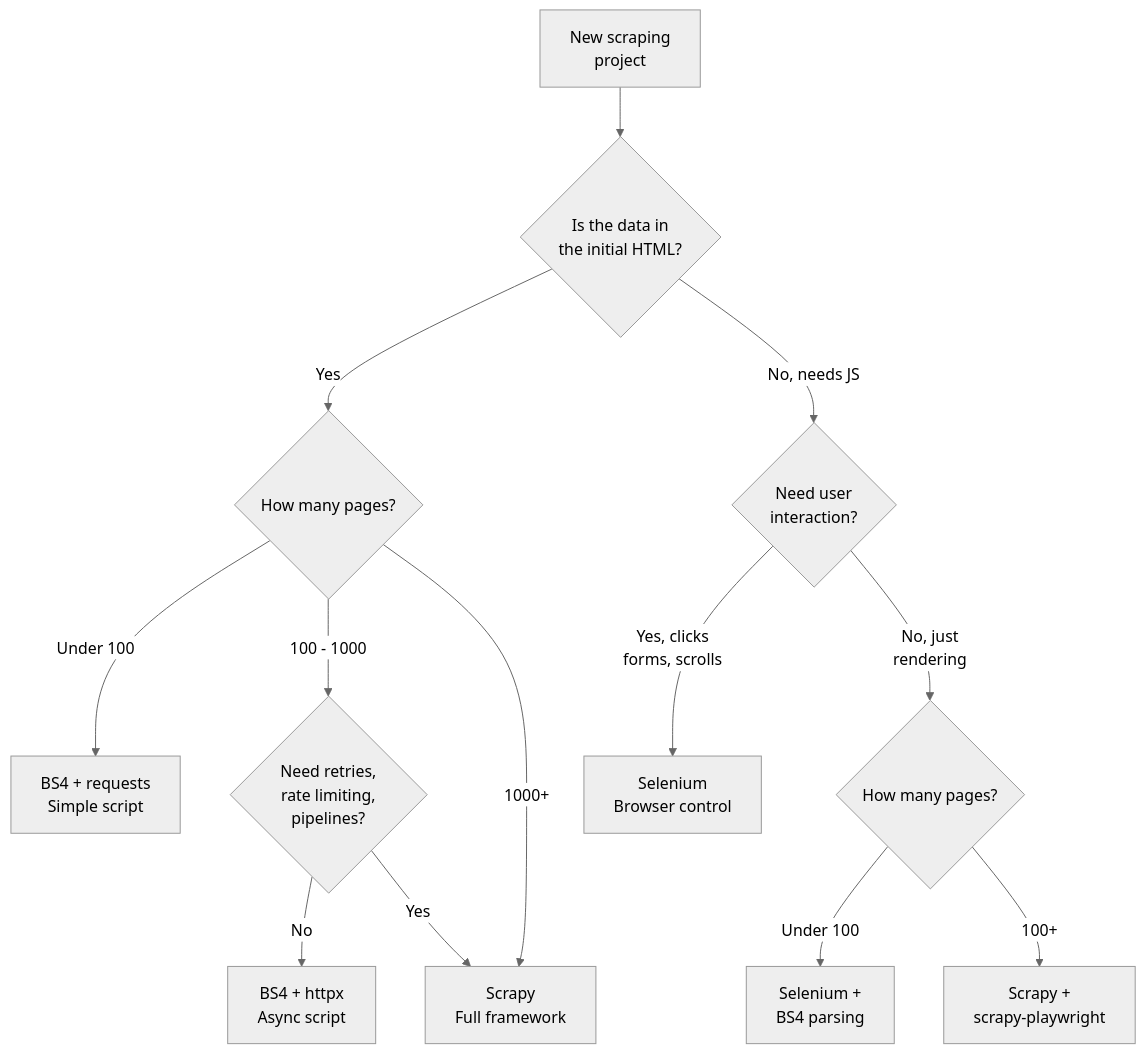
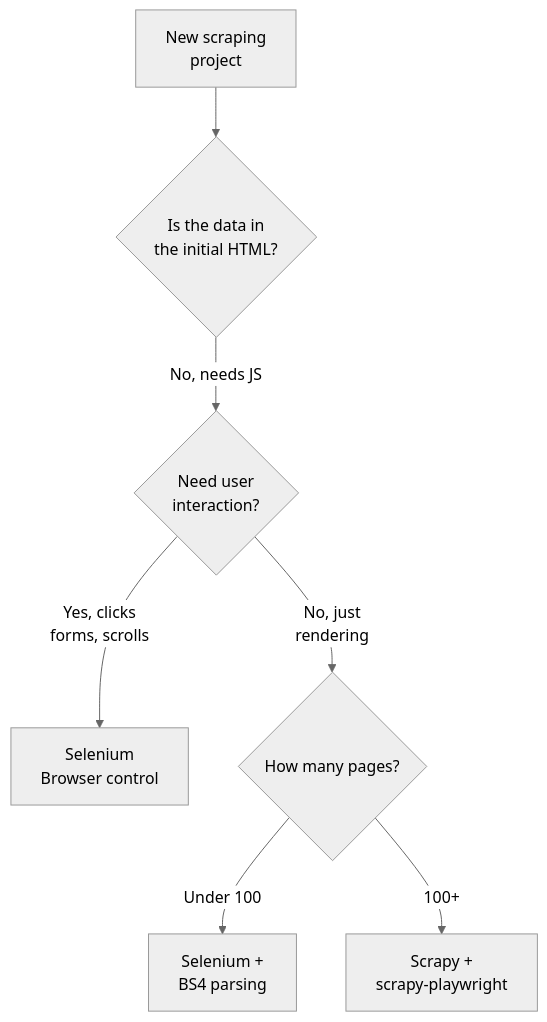
The fourth of 4 diagrams in _posts/2026-02-21-beautifulsoup-vs-scrapy-vs-selenium-python-scrapers-decision-tree.md (bytetunnels/bytetunnels.github.com), drawn with Mermaid (neutral theme) before and after one commit. The commit also changed 118 other files, not shown here.

Commit message:
feat: improve diagram styling and compact wide flowcharts

````diff
--- a/_posts/2026-02-21-beautifulsoup-vs-scrapy-vs-selenium-python-scrapers-decision-tree.md
+++ b/_posts/2026-02-21-beautifulsoup-vs-scrapy-vs-selenium-python-scrapers-decision-tree.md
@@ -525,19 +538,11 @@
 ```mermaid
 graph TD
     A[New scraping<br>project] --> B{Is the data in<br>the initial HTML?}
-    B -->|Yes| C{How many pages?}
     B -->|No, needs JS| D{Need user<br>interaction?}
-
-    C -->|Under 100| E[BS4 + requests<br>Simple script]
-    C -->|100 - 1000| F{Need retries,<br>rate limiting,<br>pipelines?}
-    C -->|1000+| G[Scrapy<br>Full framework]
-
-    F -->|No| H[BS4 + httpx<br>Async script]
-    F -->|Yes| G
 
     D -->|Yes, clicks<br>forms, scrolls| I[Selenium<br>Browser control]
     D -->|No, just<br>rendering| J{How many pages?}
 
     J -->|Under 100| K[Selenium +<br>BS4 parsing]
     J -->|100+| L[Scrapy +<br>scrapy-playwright]
 ```
````
